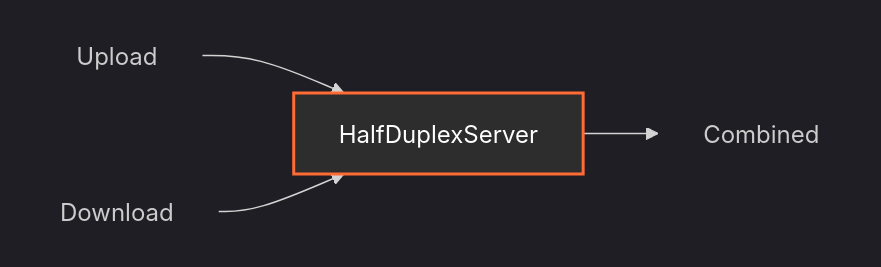
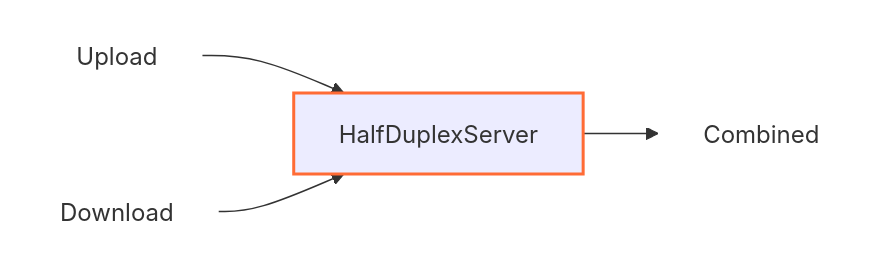
The diagram in docs/02-noderefs/halfduplex-server.mdx (bigmoveus/WaterWall-Docs), drawn with Mermaid before and after one commit. The commit also changed other lines of this file and 7 other files, not shown here.

````diff
--- a/docs/02-noderefs/halfduplex-server.mdx
+++ b/docs/02-noderefs/halfduplex-server.mdx
@@ -22,12 +22,11 @@
 ```mermaid
-%%{init: {'theme':'dark'}}%%
 flowchart LR
     A[Upload] --> C[HalfDuplexServer]
     B[Download] --> C[HalfDuplexServer]
     C[HalfDuplexServer] --> D[Combined]
     
-    style C fill:#2d2d2d,stroke:#ff6b35,stroke-width:2px,color:#ffffff
+    style C stroke:#ff6b35,stroke-width:2px
     style A fill:transparent,stroke:transparent
     style B fill:transparent,stroke:transparent
     style D fill:transparent,stroke:transparent
 ```
````
